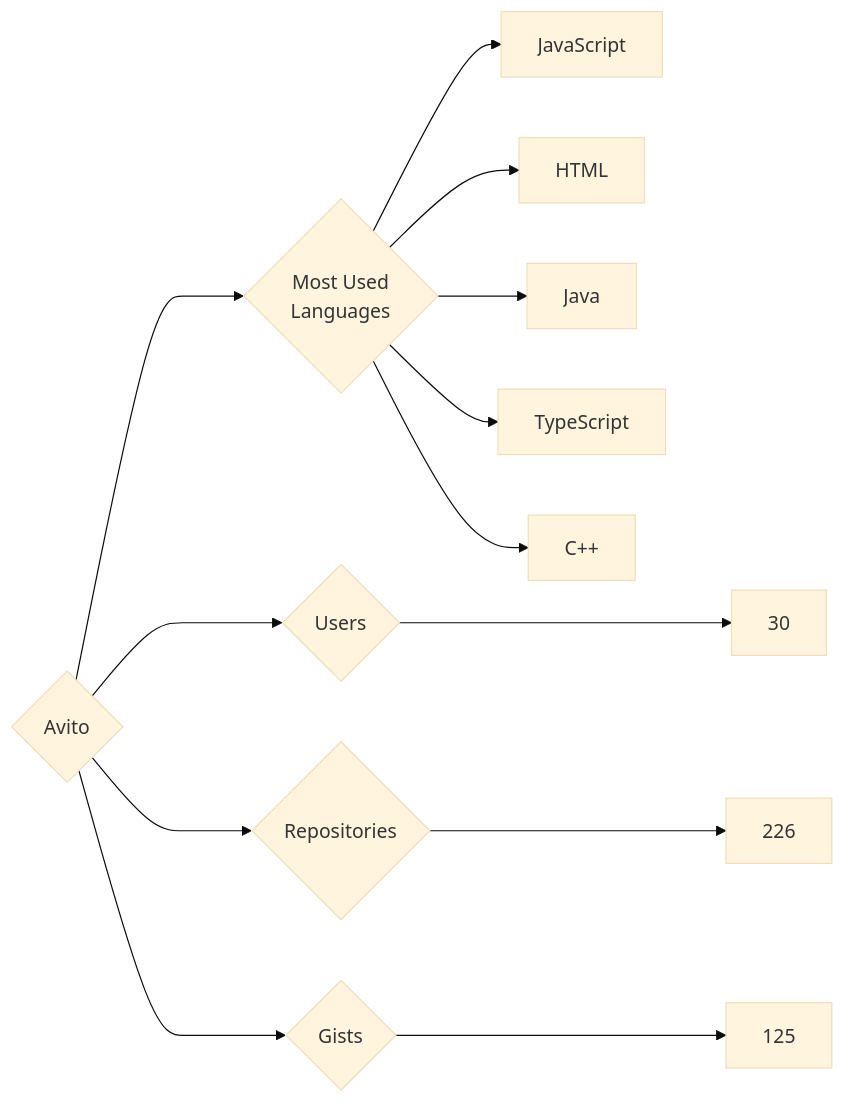
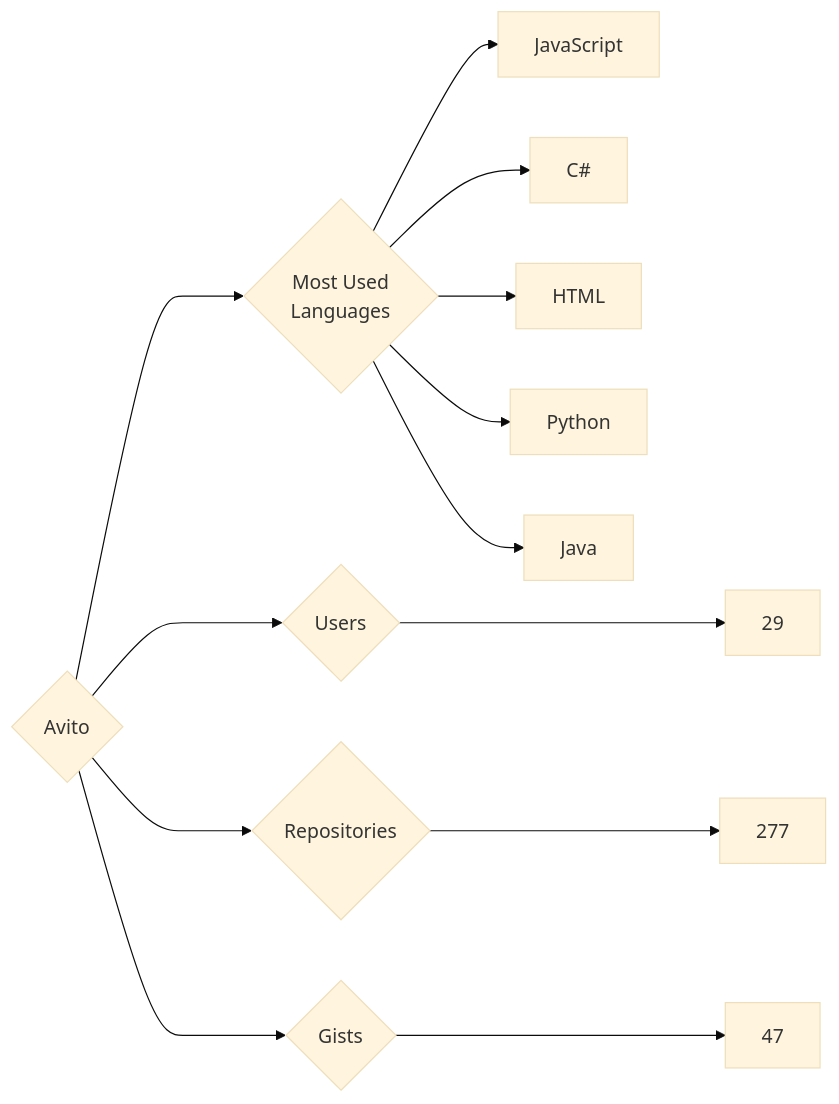
Before and after one commit to trickest/insiders: the diagram in targets/Avito/README.md, drawn with Mermaid (base theme). The commit also changed 912 other files, not shown here.

````diff
--- a/targets/Avito/README.md
+++ b/targets/Avito/README.md
@@ -3,13 +3,13 @@
 ```mermaid
 graph LR
 COMPANY_NAME{Avito}
-COMPANY_NAME ---> U{Users} ---> UN[30]
-COMPANY_NAME ---> R{Repositories} ---> RN[226]
-COMPANY_NAME ---> G{Gists} ---> GN[125]
+COMPANY_NAME ---> U{Users} ---> UN[29]
+COMPANY_NAME ---> R{Repositories} ---> RN[277]
+COMPANY_NAME ---> G{Gists} ---> GN[47]
 COMPANY_NAME ---> ML{Most Used<br>Languages}
 ML --> JavaScript[JavaScript]
+ML --> C#[C#]
 ML --> HTML[HTML]
+ML --> Python[Python]
 ML --> Java[Java]
-ML --> TypeScript[TypeScript]
-ML --> C++[C++]
 ```
````
